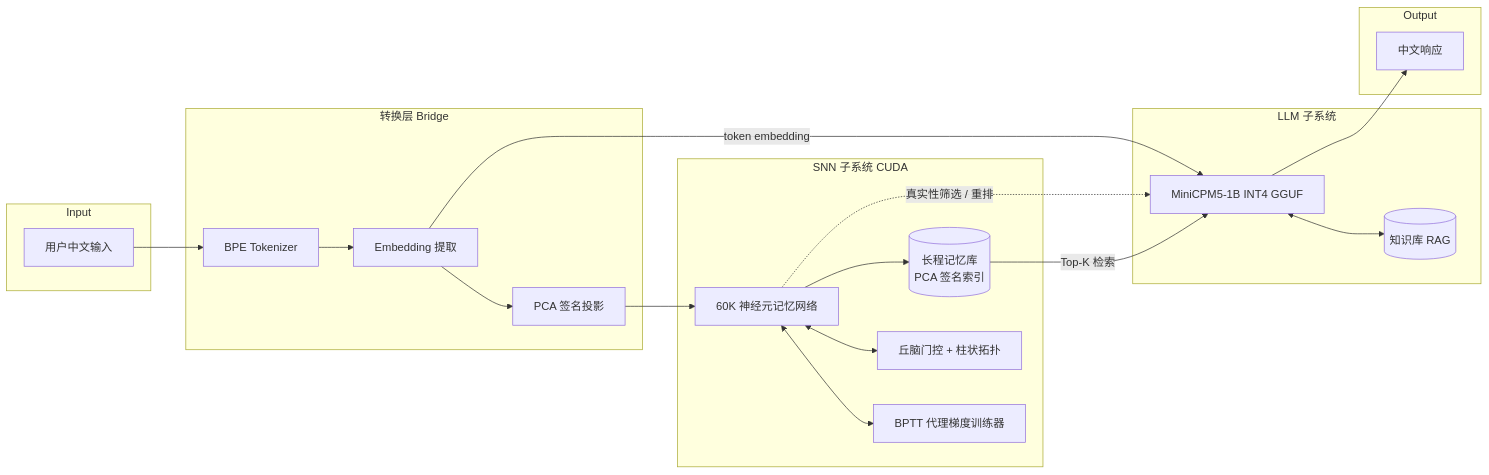
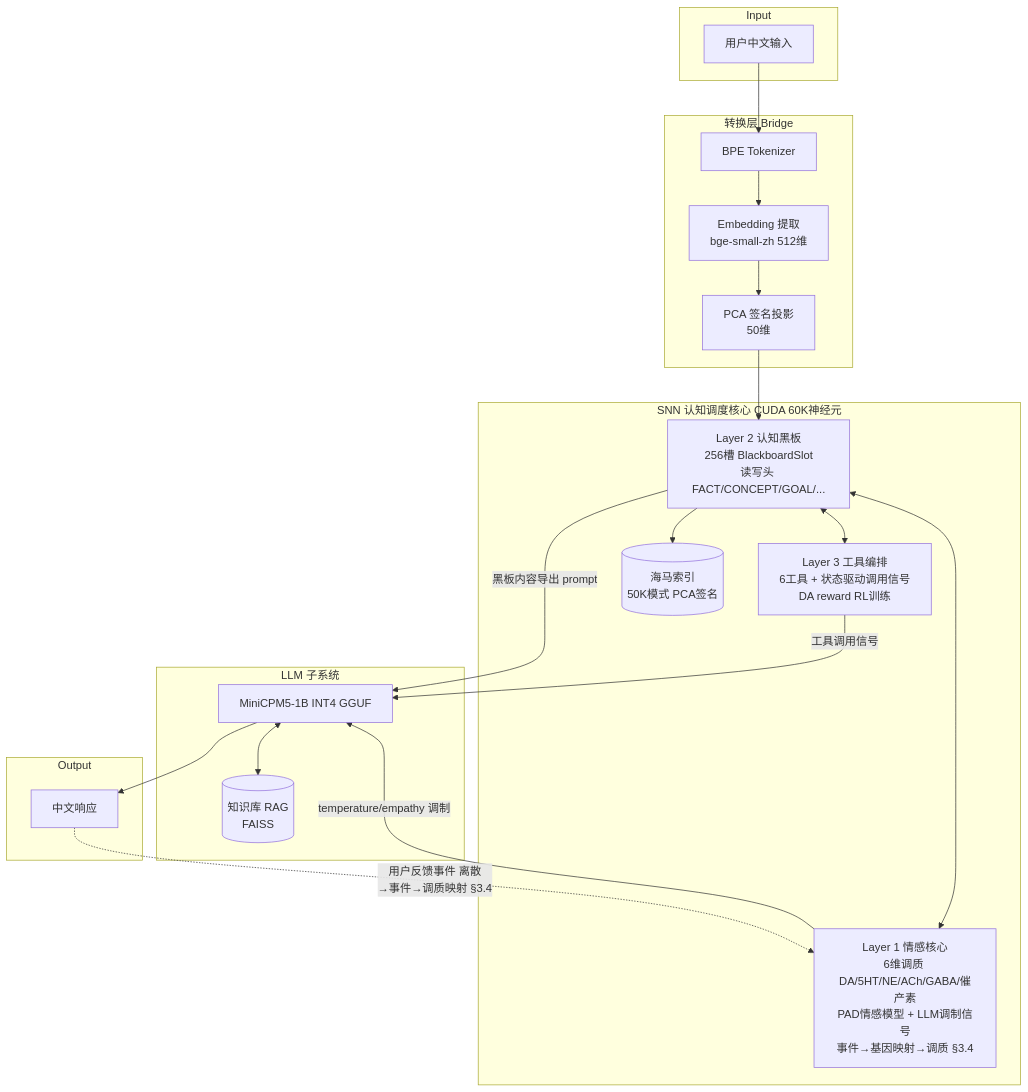
The diagram in README.md (TSOFTP-afk/HeteroBrain), drawn with Mermaid before and after one commit. The commit also changed other lines of this file and 13 other files, not shown here.

````diff
--- a/README.md
+++ b/README.md
@@ -48,39 +52,39 @@
 ```mermaid
-flowchart LR
+flowchart TB
     subgraph Input
         U[用户中文输入]
     end
 
     subgraph Bridge[转换层 Bridge]
         T[BPE Tokenizer]
-        E[Embedding 提取]
-        P[PCA 签名投影]
+        E[Embedding 提取<br/>bge-small-zh 512维]
+        P[PCA 签名投影<br/>50维]
     end
 
-    subgraph SNN[SNN 子系统 CUDA]
-        M1[60K 神经元记忆网络]
-        M2[BPTT 代理梯度训练器]
-        M3[丘脑门控 + 柱状拓扑]
-        R[(长程记忆库<br/>PCA 签名索引)]
+    subgraph SNN[SNN 认知调度核心 CUDA 60K神经元]
+        L1[Layer 1 情感核心<br/>6维调质 DA/5HT/NE/ACh/GABA/催产素<br/>PAD情感模型 + LLM调制信号<br/>事件→基因映射→调质 §3.4]
+        L2[Layer 2 认知黑板<br/>256槽 BlackboardSlot<br/>读写头 FACT/CONCEPT/GOAL/...]
+        L3[Layer 3 工具编排<br/>6工具 + 状态驱动调用信号<br/>DA reward RL训练]
+        R[(海马索引<br/>50K模式 PCA签名)]
     end
 
     subgraph LLM[LLM 子系统]
         G[MiniCPM5-1B INT4 GGUF]
-        K[(知识库 RAG)]
+        K[(知识库 RAG<br/>FAISS)]
     end
 
     subgraph Output
         O[中文响应]
     end
 
     U --> T --> E
-    E --> P --> M1
-    M1 <--> M2
-    M1 <--> M3
-    M1 --> R
-    R -->|Top-K 检索| G
-    E -->|token embedding| G
+    E --> P --> L2
+    L1 -->|temperature/empathy 调制| G
+    L2 -->|黑板内容导出 prompt| G
+    L3 -->|工具调用信号| G
+    L1 <--> L2 <--> L3
+    L2 --> R
     G <--> K
     G --> O
-    M1 -.->|真实性筛选 / 重排| G
+    O -.->|用户反馈事件 离散<br/>→事件→调质映射 §3.4| L1
 ```
````
